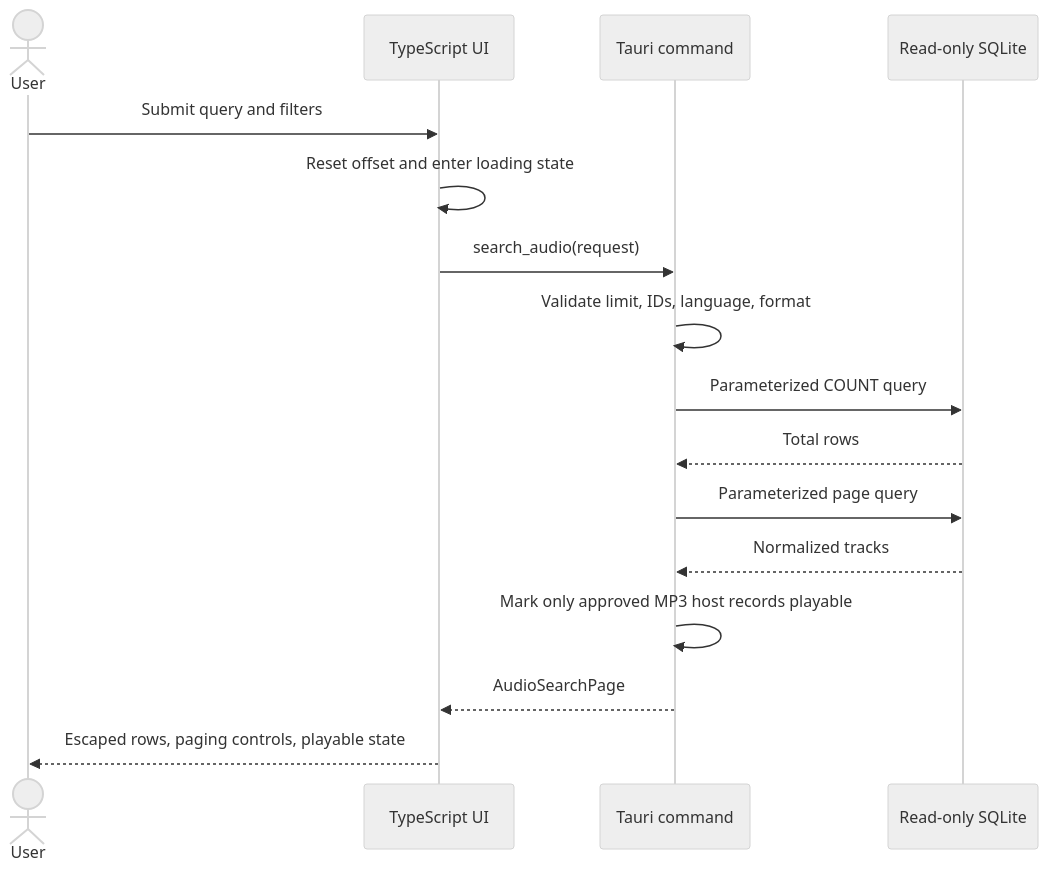
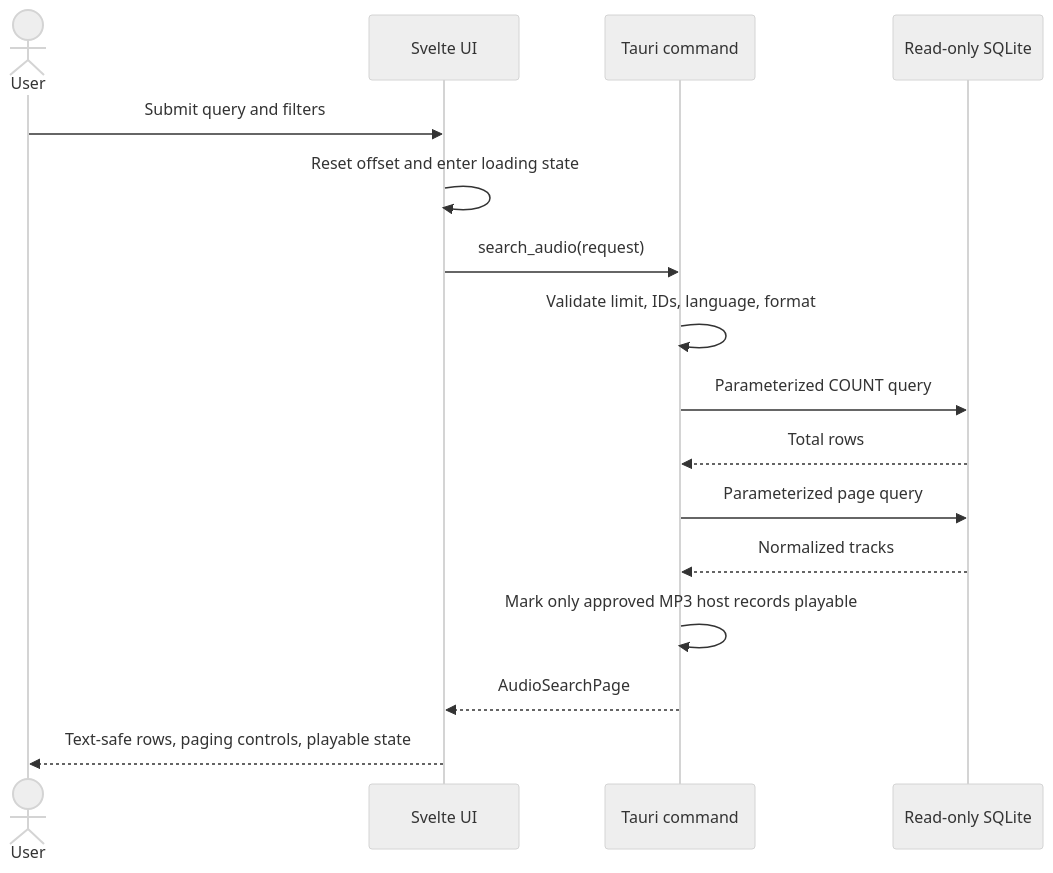
Before and after one commit to AungMyoKyaw/dhamma-echo: the first of 3 diagrams in docs/architecture/data-flow.md, drawn with Mermaid (neutral theme). The commit also changed other lines of this file and 8 other files, not shown here.

````diff
--- a/docs/architecture/data-flow.md
+++ b/docs/architecture/data-flow.md
@@ -5,19 +5,19 @@
 ```mermaid
 sequenceDiagram
     actor User
-    participant UI as TypeScript UI
+    participant UI as Svelte UI
     participant IPC as Tauri command
     participant DB as Read-only SQLite
 
     User->>UI: Submit query and filters
     UI->>UI: Reset offset and enter loading state
     UI->>IPC: search_audio(request)
     IPC->>IPC: Validate limit, IDs, language, format
     IPC->>DB: Parameterized COUNT query
     DB-->>IPC: Total rows
     IPC->>DB: Parameterized page query
     DB-->>IPC: Normalized tracks
     IPC->>IPC: Mark only approved MP3 host records playable
     IPC-->>UI: AudioSearchPage
-    UI-->>User: Escaped rows, paging controls, playable state
+    UI-->>User: Text-safe rows, paging controls, playable state
 ```
````
